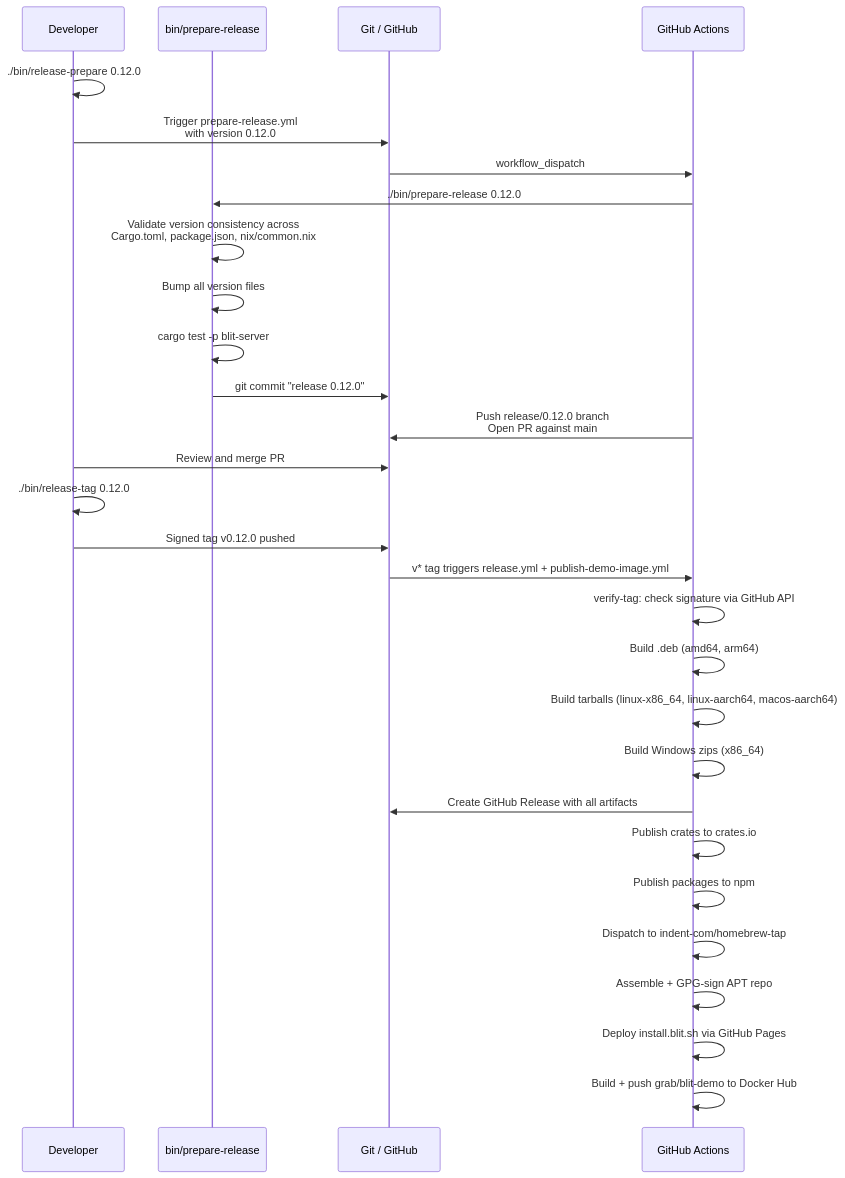
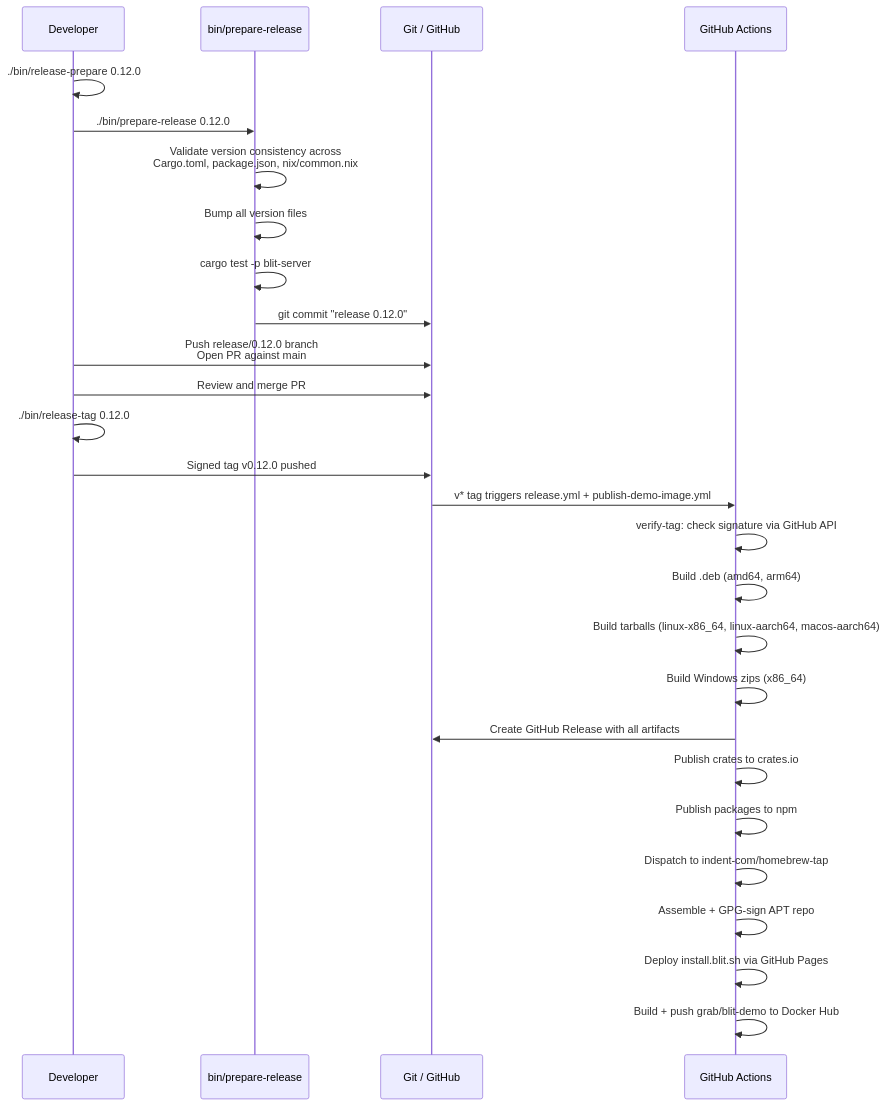
One commit to indent-com/blit changed the seventh of 7 diagrams in SERVICES.md. Above: the diagram before and after it, drawn with Mermaid. The commit also changed other lines of this file and 4 other files, not shown here.

First line of the commit message:
Drop prepare-release.yml workflow; run release preparation locally instead.

````diff
--- a/SERVICES.md
+++ b/SERVICES.md
@@ -310,33 +300,31 @@
 ```mermaid
 sequenceDiagram
     participant Dev as Developer
     participant Rel as bin/prepare-release
     participant Git as Git / GitHub
     participant CI as GitHub Actions
 
     Dev->>Dev: ./bin/release-prepare 0.12.0
-    Dev->>Git: Trigger prepare-release.yml<br>with version 0.12.0
-    Git->>CI: workflow_dispatch
-    CI->>Rel: ./bin/prepare-release 0.12.0
+    Dev->>Rel: ./bin/prepare-release 0.12.0
     Rel->>Rel: Validate version consistency across<br>Cargo.toml, package.json, nix/common.nix
     Rel->>Rel: Bump all version files
     Rel->>Rel: cargo test -p blit-server
     Rel->>Git: git commit "release 0.12.0"
-    CI->>Git: Push release/0.12.0 branch<br>Open PR against main
+    Dev->>Git: Push release/0.12.0 branch<br>Open PR against main
     Dev->>Git: Review and merge PR
     Dev->>Dev: ./bin/release-tag 0.12.0
     Dev->>Git: Signed tag v0.12.0 pushed
     Git->>CI: v* tag triggers release.yml + publish-demo-image.yml
     CI->>CI: verify-tag: check signature via GitHub API
 
     CI->>CI: Build .deb (amd64, arm64)
     CI->>CI: Build tarballs (linux-x86_64, linux-aarch64, macos-aarch64)
     CI->>CI: Build Windows zips (x86_64)
     CI->>Git: Create GitHub Release with all artifacts
     CI->>CI: Publish crates to crates.io
     CI->>CI: Publish packages to npm
     CI->>CI: Dispatch to indent-com/homebrew-tap
     CI->>CI: Assemble + GPG-sign APT repo
     CI->>CI: Deploy install.blit.sh via GitHub Pages
     CI->>CI: Build + push grab/blit-demo to Docker Hub
 ```
````
